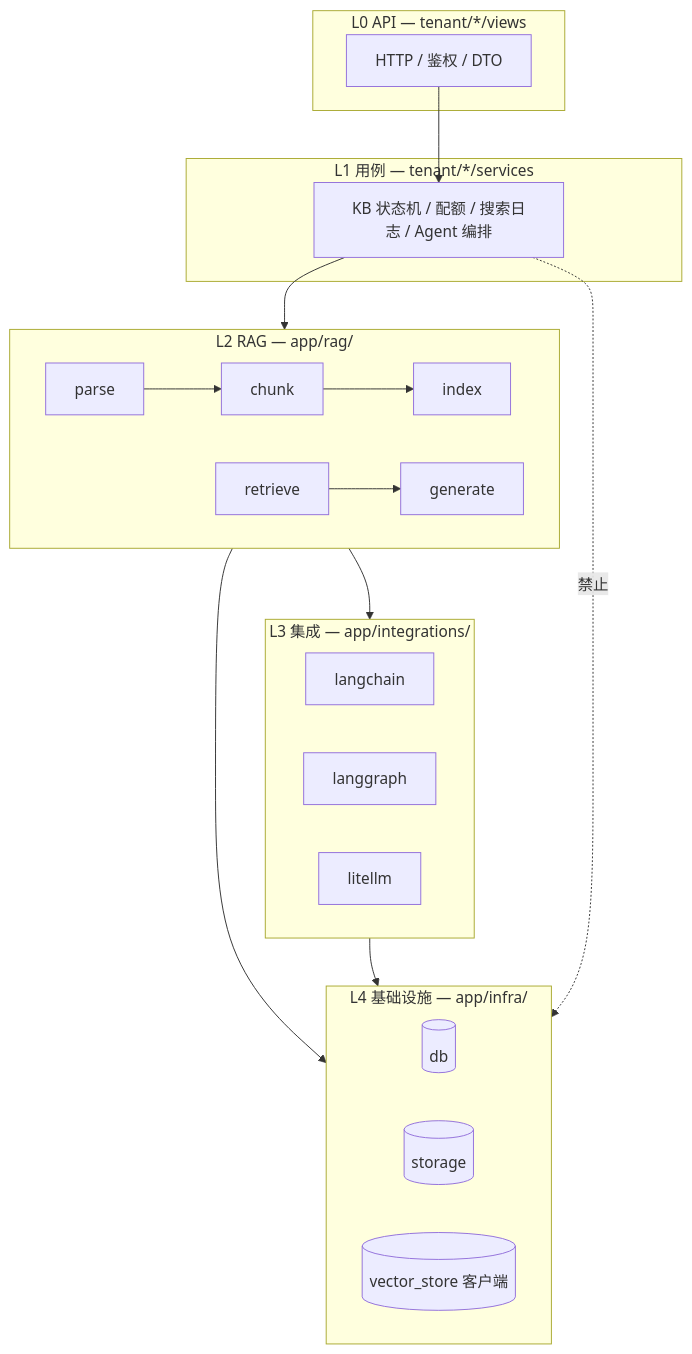
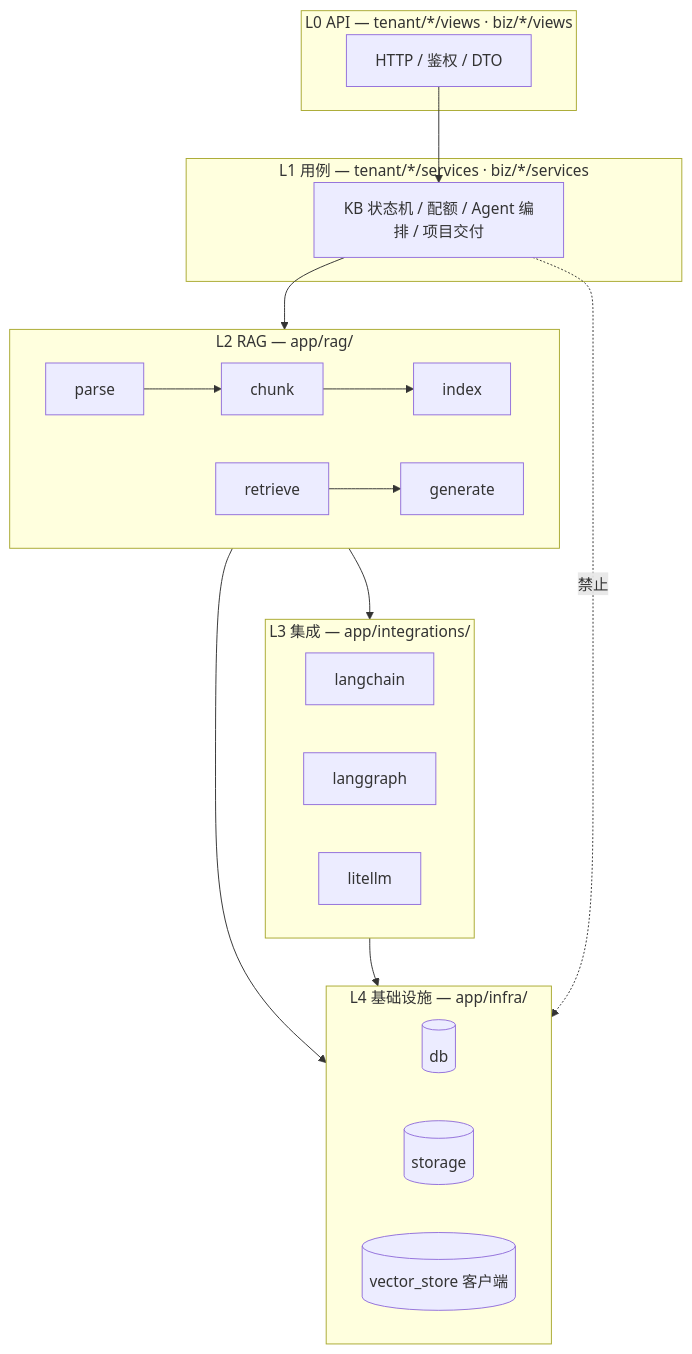
The diagram in docs/architecture/layering.md (miles-ai-saas/MilesAi), drawn with Mermaid before and after one commit. The commit also changed other lines of this file and 6 other files, not shown here.

````diff
--- a/docs/architecture/layering.md
+++ b/docs/architecture/layering.md
@@ -33,39 +33,39 @@
 ```mermaid
 flowchart TB
-    subgraph L0["L0 API — tenant/*/views"]
+    subgraph L0["L0 API — tenant/*/views · biz/*/views"]
         API[HTTP / 鉴权 / DTO]
     end
 
-    subgraph L1["L1 用例 — tenant/*/services"]
-        UC[KB 状态机 / 配额 / 搜索日志 / Agent 编排]
+    subgraph L1["L1 用例 — tenant/*/services · biz/*/services"]
+        UC[KB 状态机 / 配额 / Agent 编排 / 项目交付]
     end
 
     subgraph L2["L2 RAG — app/rag/"]
         P[parse]
         C[chunk]
         I[index]
         R[retrieve]
         G[generate]
         P --> C --> I
         R --> G
     end
 
     subgraph L3["L3 集成 — app/integrations/"]
         LC[langchain]
         LG[langgraph]
         LLM[litellm]
     end
 
     subgraph L4["L4 基础设施 — app/infra/"]
         DB[(db)]
         OSS[(storage)]
         VS[(vector_store 客户端)]
     end
 
     API --> UC
     UC --> L2
     L2 --> L3
     L2 --> L4
     L3 --> L4
     UC -.->|禁止| L4
 ```
````
